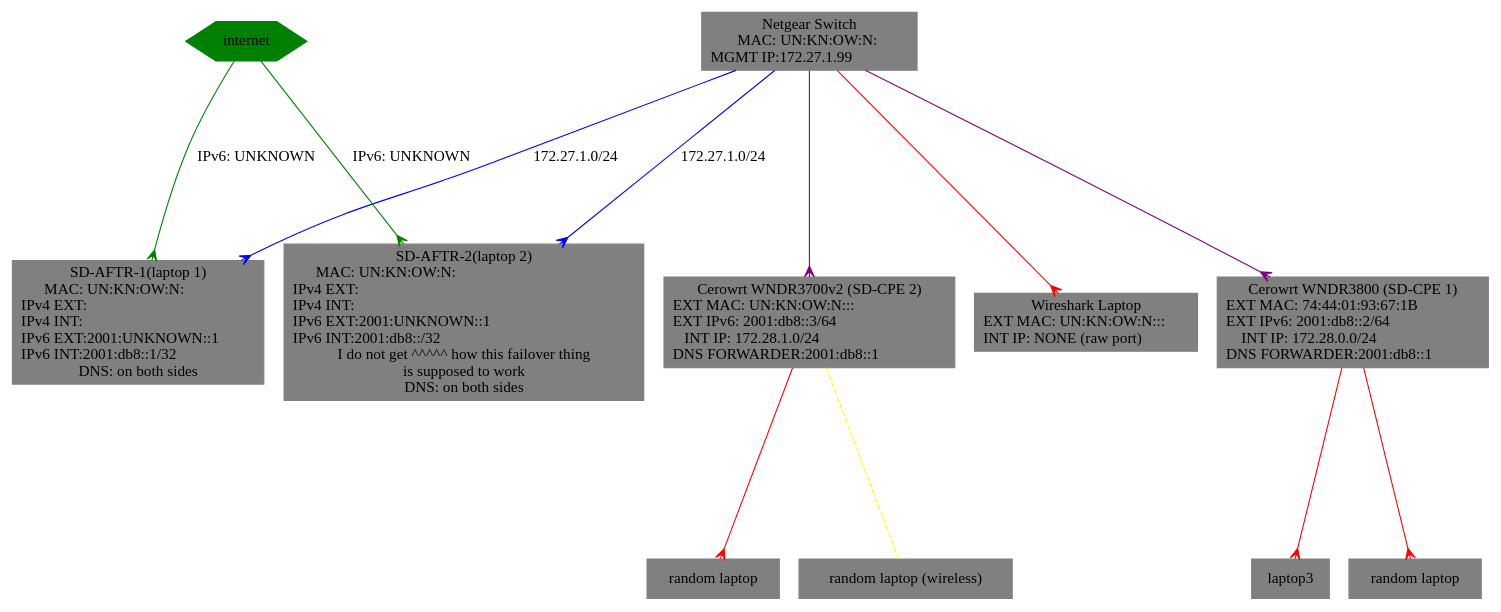
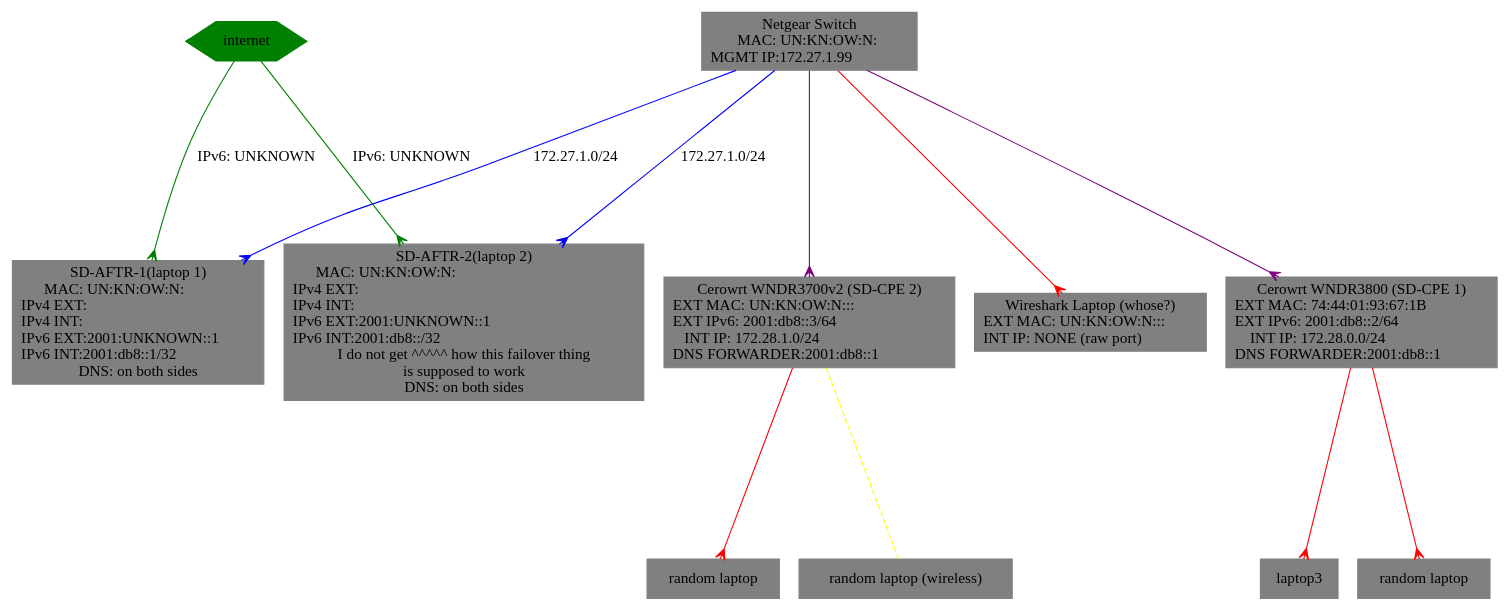
The diagram in shownet.gv (dtaht/sdcpe-demo-doc), drawn with Graphviz before and after one commit.

Commit message:
whose wireshark?

```diff
--- a/shownet.gv
+++ b/shownet.gv
@@ -1,33 +1,33 @@
 digraph G {
  ranksep=2;
  ratio=auto;
  "SWITCH" [label="Netgear Switch\n        MAC: UN:KN:OW:N:\lMGMT IP:172.27.1.99\l"
 	   shape="box",style="filled",color="grey" ];
  "Internet" [label="internet",
 	     shape="hexagon",style="filled",color="green" ];
  "SD-AFTR-2" [label="SD-AFTR-2(laptop 2)\n       MAC: UN:KN:OW:N:\lIPv4 EXT:\lIPv4 INT:\lIPv6 EXT:2001:UNKNOWN::1\lIPv6 INT:2001:db8::/32\lI do not get ^^^^^ how this failover thing\nis supposed to work\nDNS: on both sides",
 	      shape="box",style="filled",color="grey" ];
  "SD-AFTR-1" [label="SD-AFTR-1(laptop 1)\n       MAC: UN:KN:OW:N:\lIPv4 EXT:\lIPv4 INT:\lIPv6 EXT:2001:UNKNOWN::1\lIPv6 INT:2001:db8::1/32\lDNS: on both sides",
 	      shape="box",style="filled",color="grey" ];
  "SD-CPE1" [label="Cerowrt WNDR3800 (SD-CPE 1)\nEXT MAC: 74:44:01:93:67:1B\l EXT IPv6: 2001:db8::2/64\l     INT IP: 172.28.0.0/24\lDNS FORWARDER:2001:db8::1\l",
 	    shape="box",style="filled",color="grey" ];
  "SD-CPE2" [label="Cerowrt WNDR3700v2 (SD-CPE 2)\nEXT MAC: UN:KN:OW:N:::\lEXT IPv6: 2001:db8::3/64\l    INT IP: 172.28.1.0/24\lDNS FORWARDER:2001:db8::1\l",
 	    shape="box",style="filled",color="grey" ];
- "wireshark" [label="Wireshark Laptop\nEXT MAC: UN:KN:OW:N:::\l INT IP: NONE (raw port)\l",
+ "wireshark" [label="Wireshark Laptop (whose?)\nEXT MAC: UN:KN:OW:N:::\l INT IP: NONE (raw port)\l",
 	    shape="box",style="filled",color="grey" ];
  "SWITCH" -> "SD-AFTR-2" [ label="172.27.1.0/24",color="blue",arrowhead="crow" ];
  "SWITCH" -> "SD-AFTR-1" [ label="172.27.1.0/24",color="blue",arrowhead="crow" ];
  "SWITCH" -> "SD-CPE1" [ color="purple",arrowhead="crow" ];
  "SWITCH" -> "SD-CPE2" [ color="purple",arrowhead="crow" ];
  "SWITCH" -> "wireshark" [ color="red",arrowhead="crow" ];
  "client1" [ label="laptop3",shape="box",style="filled",color="grey" ];
  "client2" [ label="random laptop",shape="box",style="filled",color="grey" ];
  "client3" [ label="random laptop",shape="box",style="filled",color="grey" ];
  "client4" [ label="random laptop (wireless)",shape="box",style="filled",color="grey" ];
  "Internet" -> "SD-AFTR-1" [ label="IPv6: UNKNOWN",color="green",arrowhead="crow" ];
  "Internet" -> "SD-AFTR-2" [ label="IPv6: UNKNOWN",color="green",arrowhead="crow" ];
  "SD-CPE1" -> "client1" [ color="red",arrowhead="crow" ];
  "SD-CPE1" -> "client2" [ color="red",arrowhead="crow" ];
  "SD-CPE2" -> "client3" [ color="red",arrowhead="crow" ];
  "SD-CPE2" -> "client4" [ color="yellow",style="dashed",arrowhead="none" ];
 }
```
